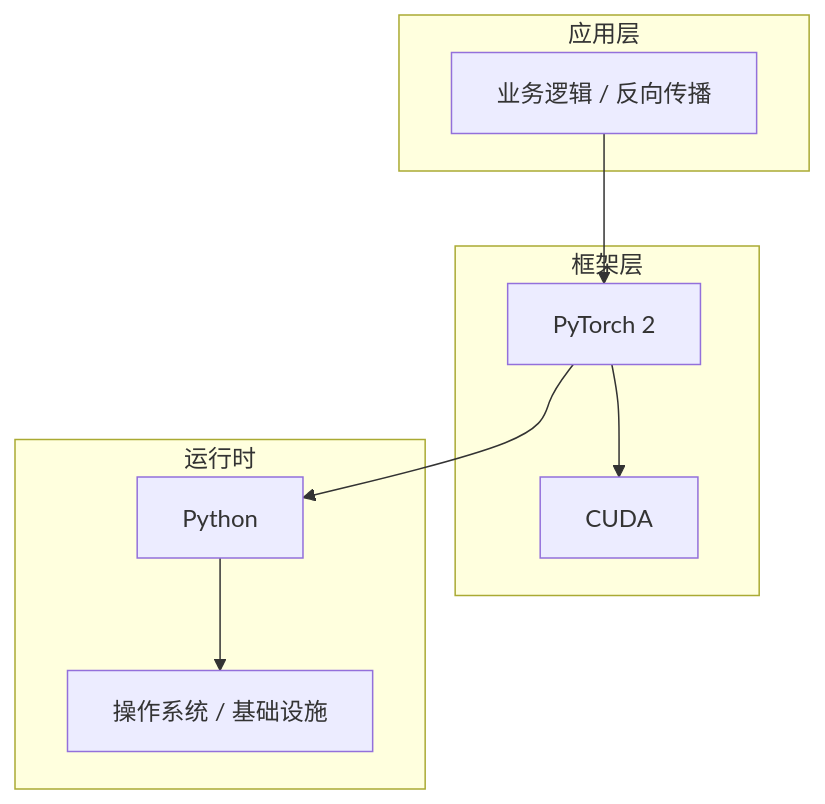
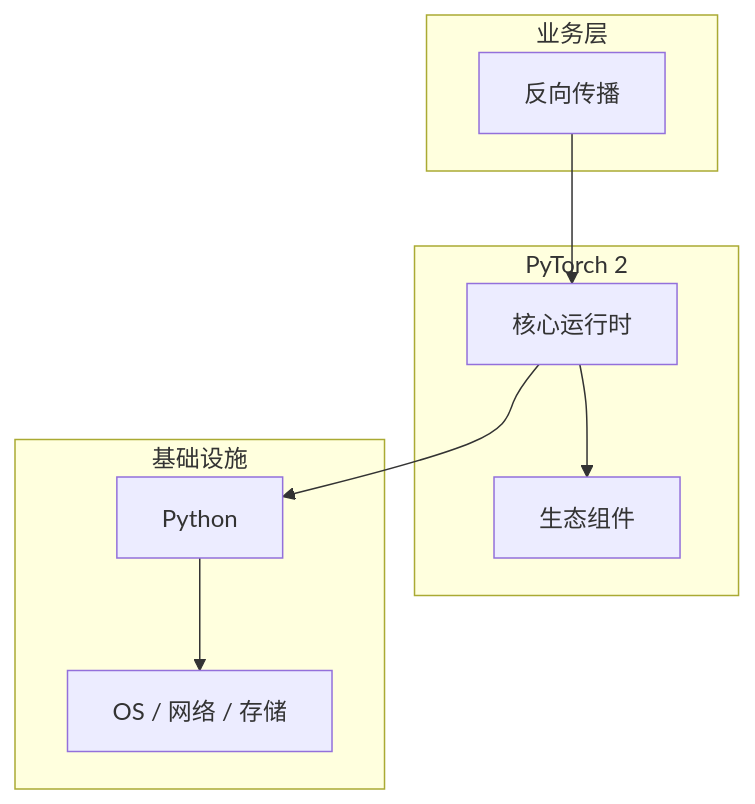
One commit to yanggan2015/knowledge-json-v2 changed the diagram in articles/深度学习/chapters/013-反向传播核心概念与原理.md. Above: the diagram before and after it, drawn with Mermaid. The commit also changed other lines of this file and 10127 other files, not shown here.

````diff
--- a/articles/深度学习/chapters/013-反向传播核心概念与原理.md
+++ b/articles/深度学习/chapters/013-反向传播核心概念与原理.md
@@ -45,18 +30,18 @@
 ```mermaid
 graph TB
-    subgraph 应用层
-        A[业务逻辑 / 反向传播]
+    subgraph 业务层
+        A[反向传播]
     end
-    subgraph 框架层
-        B[PyTorch 2]
-        C[CUDA]
+    subgraph PyTorch 2
+        B[核心运行时]
+        C[生态组件]
     end
-    subgraph 运行时
+    subgraph 基础设施
         D[Python]
-        E[操作系统 / 基础设施]
+        E[OS / 网络 / 存储]
     end
     A --> B
     B --> C
     B --> D
     D --> E
 ```
````
